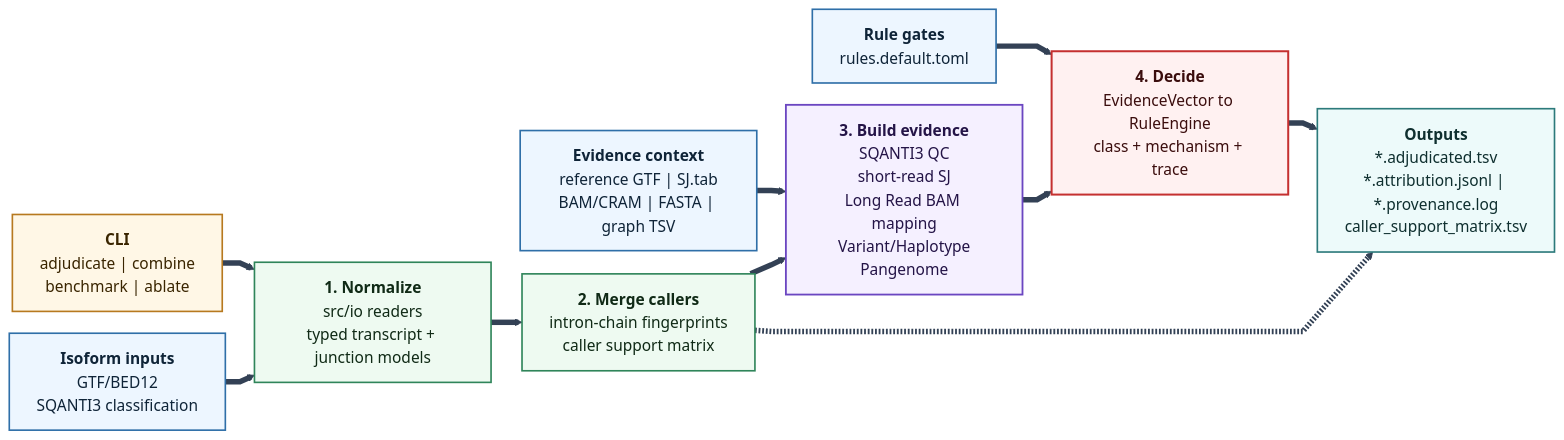
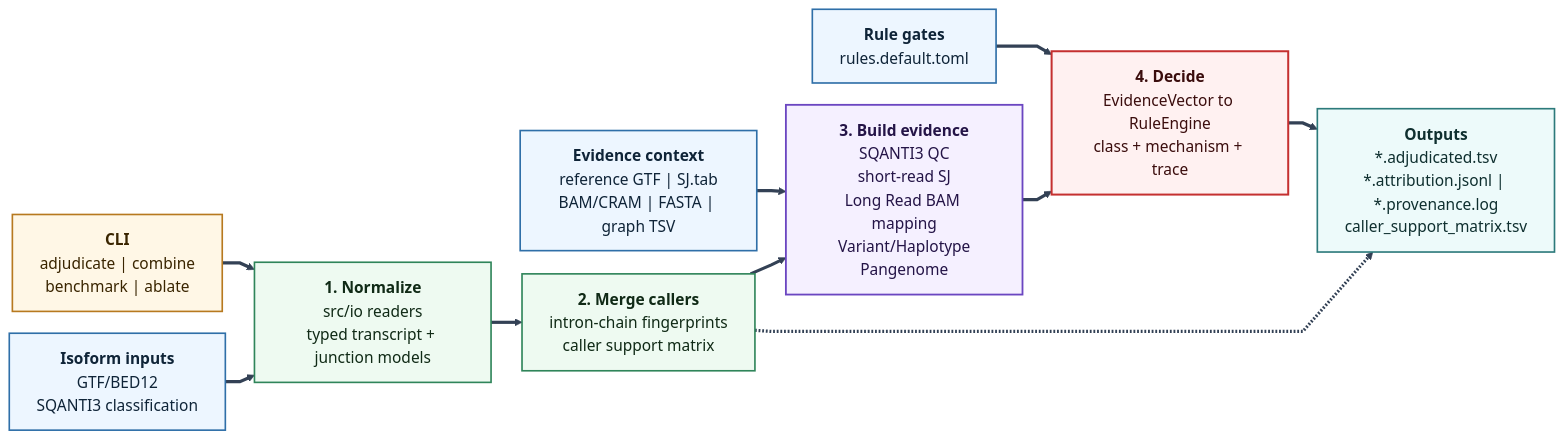
Before and after one commit to jibeomko/PanIsoGuard: the diagram in README.md, drawn with Mermaid.

Commit message:
docs: restore visible architecture arrows

````diff
--- a/README.md
+++ b/README.md
@@ -216,39 +216,39 @@
 ```mermaid
-%%{init: {"theme": "base", "themeCSS": "svg { background: #ffffff; } marker path, .arrowMarkerPath { fill: #334155 !important; stroke: #334155 !important; transform: scale(1.35); transform-origin: center; }", "themeVariables": {"background": "#ffffff", "mainBkg": "#ffffff", "fontSize": "17px", "fontFamily": "Arial, sans-serif", "primaryTextColor": "#111827", "lineColor": "#334155", "arrowheadColor": "#334155"}, "flowchart": {"htmlLabels": true, "curve": "linear", "nodeSpacing": 24, "rankSpacing": 32}}}%%
+%%{init: {"theme": "base", "themeCSS": "svg { background: #ffffff; }", "themeVariables": {"background": "#ffffff", "mainBkg": "#ffffff", "fontSize": "17px", "fontFamily": "Arial, sans-serif", "primaryTextColor": "#111827", "lineColor": "#334155", "arrowheadColor": "#334155"}, "flowchart": {"htmlLabels": true, "curve": "linear", "nodeSpacing": 24, "rankSpacing": 32}}}%%
 flowchart LR
   CLI["<b>CLI</b><br/>adjudicate | combine<br/>benchmark | ablate"]
   Iso["<b>Isoform inputs</b><br/>GTF/BED12<br/>SQANTI3 classification"]
   Context["<b>Evidence context</b><br/>reference GTF | SJ.tab<br/>BAM/CRAM | FASTA | graph TSV"]
   Rules["<b>Rule gates</b><br/>rules.default.toml"]
 
   Normalize["<b>1. Normalize</b><br/>src/io readers<br/>typed transcript + junction models"]
   Consensus["<b>2. Merge callers</b><br/>intron-chain fingerprints<br/>caller support matrix"]
   Evidence["<b>3. Build evidence</b><br/>SQANTI3 QC<br/>short‑read SJ<br/>Long Read BAM mapping<br/>Variant/Haplotype<br/>Pangenome"]
   Decide["<b>4. Decide</b><br/>EvidenceVector to RuleEngine<br/>class + mechanism + trace"]
   Outputs["<b>Outputs</b><br/>*.adjudicated.tsv<br/>*.attribution.jsonl | *.provenance.log<br/>caller_support_matrix.tsv"]
 
-  CLI ==> Normalize
-  Iso ==> Normalize
-  Normalize ==> Consensus
-  Consensus ==> Evidence
-  Evidence ==> Decide
-  Decide ==> Outputs
-  Context ==> Evidence
-  Rules ==> Decide
+  CLI --> Normalize
+  Iso --> Normalize
+  Normalize --> Consensus
+  Consensus --> Evidence
+  Evidence --> Decide
+  Decide --> Outputs
+  Context --> Evidence
+  Rules --> Decide
   Consensus -.-> Outputs
 
   classDef command fill:#fff7e6,stroke:#b7791f,stroke-width:1.8px,color:#3a2500,font-size:17px;
   classDef input fill:#edf6ff,stroke:#2f6fa8,stroke-width:1.8px,color:#0f2438,font-size:17px;
   classDef process fill:#eefaf1,stroke:#2f855a,stroke-width:1.8px,color:#102a16,font-size:17px;
   classDef evidence fill:#f5f0ff,stroke:#6b46c1,stroke-width:2px,color:#241447,font-size:17px;
   classDef decision fill:#fff1f1,stroke:#c53030,stroke-width:2.2px,color:#3b0d0d,font-size:17px;
   classDef output fill:#edfafa,stroke:#2c7a7b,stroke-width:1.8px,color:#0f2f2f,font-size:17px;
 
   class CLI command;
   class Iso,Context,Rules input;
   class Normalize,Consensus process;
   class Evidence evidence;
   class Decide decision;
   class Outputs output;
-  linkStyle default stroke:#334155,stroke-width:6px;
+  linkStyle default stroke:#334155,stroke-width:3.5px;
 ```
````
